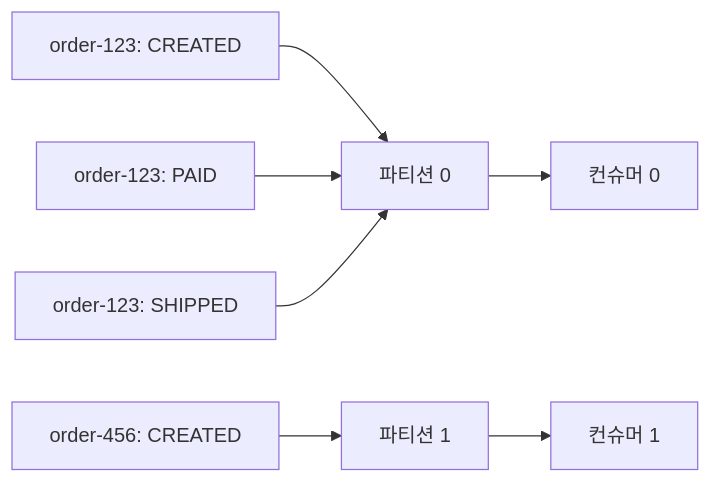
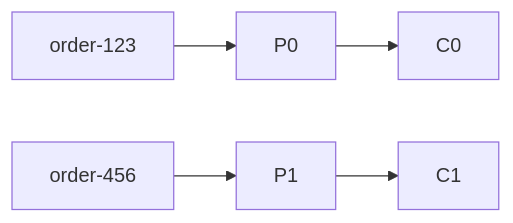
One commit to yjkim2015/yjkim2015.github.io changed the fifth of 12 diagrams in _posts/kafka/2026-05-03-kafka-practical-patterns.md. Above: the diagram before and after it, drawn with Mermaid. The commit also changed other lines of this file and 2 other files, not shown here.

First line of the commit message:
Mermaid CSS 원복(제한 없음) + Kafka 다이어그램 내용 축소

````diff
--- a/_posts/kafka/2026-05-03-kafka-practical-patterns.md
+++ b/_posts/kafka/2026-05-03-kafka-practical-patterns.md
@@ -229,9 +220,5 @@
 ```mermaid
 graph LR
-    E1["order-123: CREATED"] --> P0["파티션 0"]
-    E2["order-123: PAID"] --> P0
-    E3["order-123: SHIPPED"] --> P0
-    E4["order-456: CREATED"] --> P1["파티션 1"]
-    P0 --> C0["컨슈머 0"]
-    P1 --> C1["컨슈머 1"]
+    A["order-123"] --> P0["P0"] --> C0["C0"]
+    B["order-456"] --> P1["P1"] --> C1["C1"]
 ```
````
